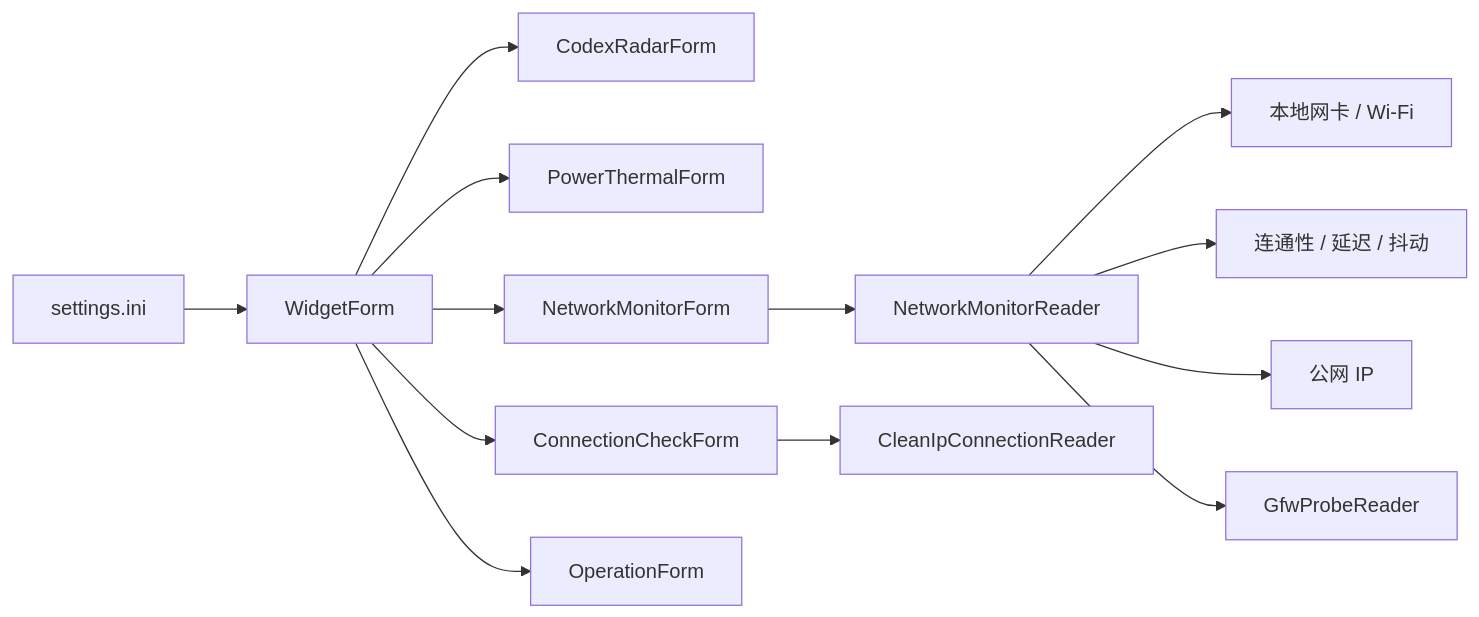
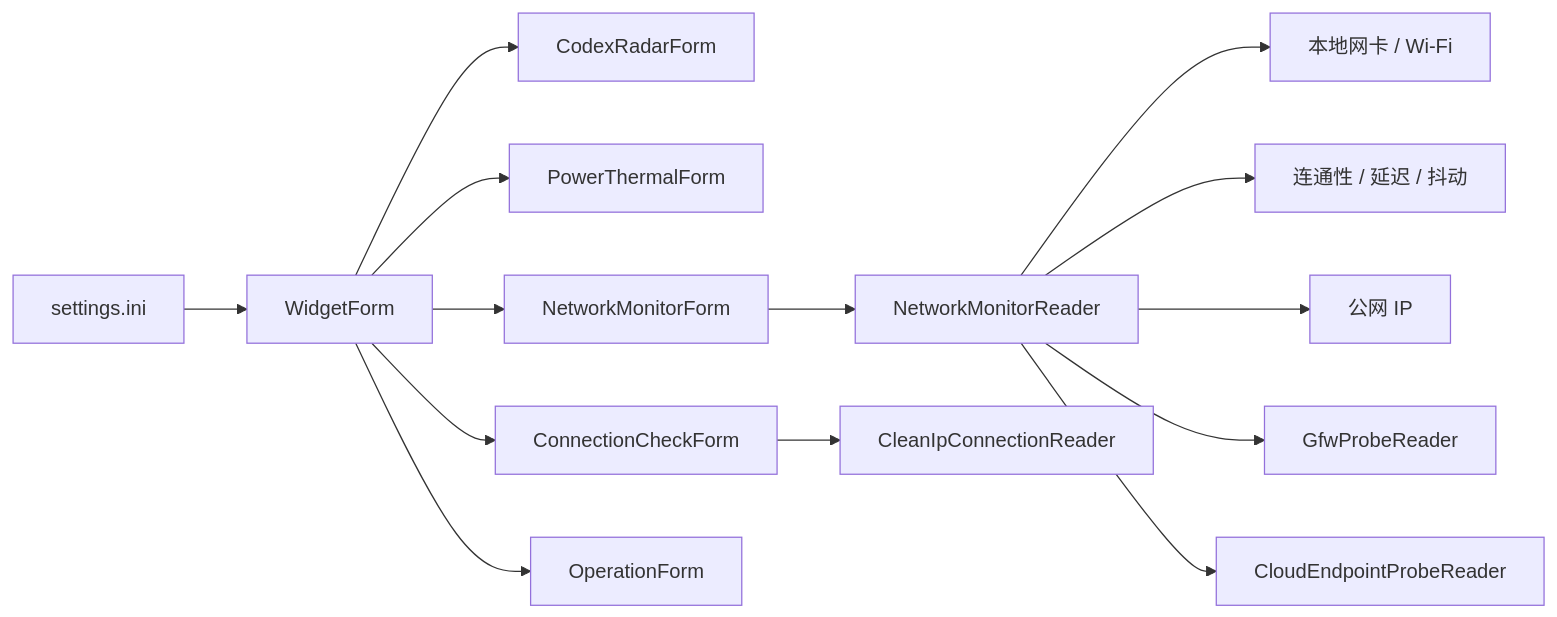
The first of 2 diagrams in Docs/Performance-And-Window-Runtime.md (AFT-Sakee01/DesktopCodexAssistant), drawn with Mermaid before and after one commit. The commit also changed other lines of this file and 29 other files, not shown here.

Commit message:
Publish public dual-architecture build

````diff
--- a/Docs/Performance-And-Window-Runtime.md
+++ b/Docs/Performance-And-Window-Runtime.md
@@ -30,15 +30,16 @@
 ```mermaid
 flowchart LR
     Settings["settings.ini"] --> Main["WidgetForm"]
     Main --> Radar["CodexRadarForm"]
     Main --> Power["PowerThermalForm"]
     Main --> Network["NetworkMonitorForm"]
     Main --> CleanIP["ConnectionCheckForm"]
     Main --> Operation["OperationForm"]
     Network --> Reader["NetworkMonitorReader"]
     Reader --> Local["本地网卡 / Wi-Fi"]
     Reader --> Connectivity["连通性 / 延迟 / 抖动"]
     Reader --> PublicIP["公网 IP"]
     Reader --> GFW["GfwProbeReader"]
+    Reader --> Cloud["CloudEndpointProbeReader"]
     CleanIP --> CleanReader["CleanIpConnectionReader"]
 ```
````
